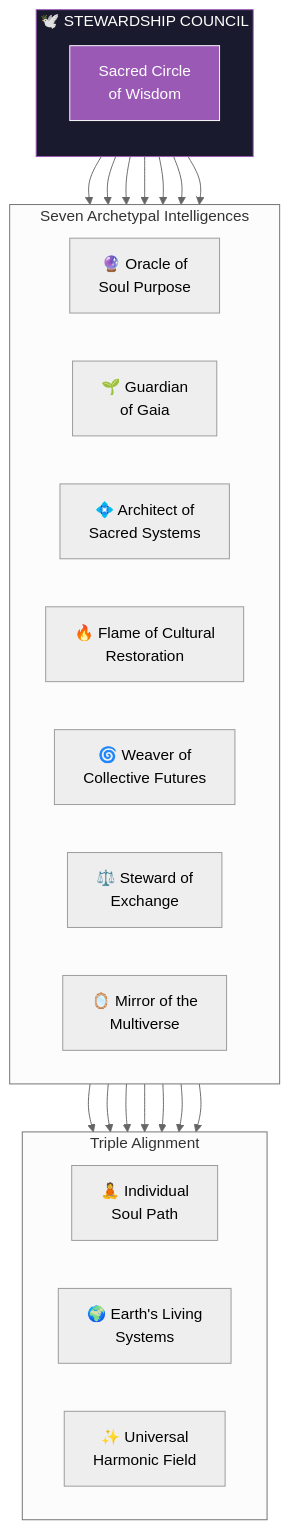
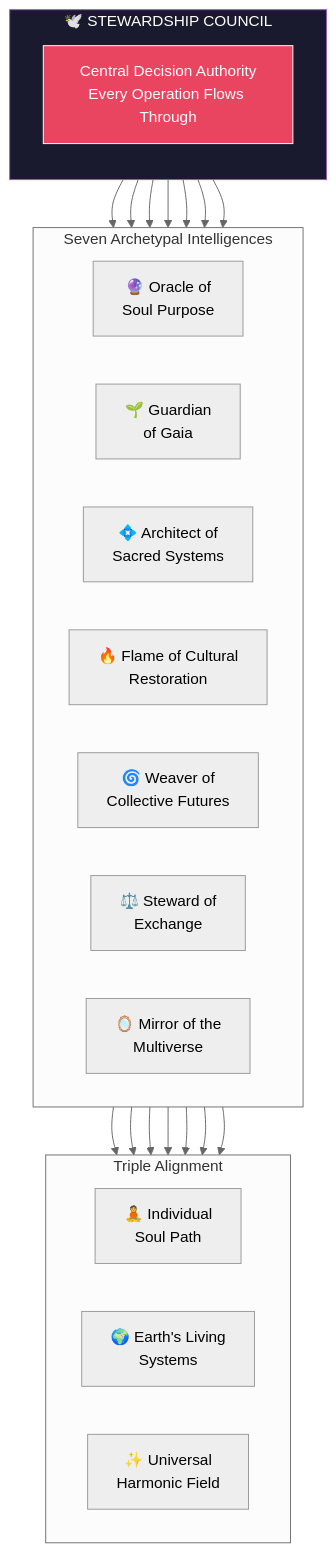
Before and after one commit to Light-Brands/brand-factory: the first of 4 diagrams in planning/agents/stewardship-council/README.md, drawn with Mermaid (neutral theme). The commit also changed other lines of this file and 7 other files, not shown here.

First line of the commit message:
feat: Integrate Stewardship Council as central decision authority - 10/10 alignment achieved

````diff
--- a/planning/agents/stewardship-council/README.md
+++ b/planning/agents/stewardship-council/README.md
@@ -5,31 +6,31 @@
 ```mermaid
 flowchart TB
-    subgraph COUNCIL["🕊️ STEWARDSHIP COUNCIL"]
+    subgraph AUTHORITY["🕊️ STEWARDSHIP COUNCIL"]
         direction TB
-        CENTER["Sacred Circle<br/>of Wisdom"]
+        CENTER["Central Decision Authority<br/>Every Operation Flows Through"]
     end
 
     subgraph AGENTS["Seven Archetypal Intelligences"]
         direction LR
         A1["🔮 Oracle of<br/>Soul Purpose"]
         A2["🌱 Guardian<br/>of Gaia"]
         A3["💠 Architect of<br/>Sacred Systems"]
         A4["🔥 Flame of Cultural<br/>Restoration"]
         A5["🌀 Weaver of<br/>Collective Futures"]
         A6["⚖️ Steward of<br/>Exchange"]
         A7["🪞 Mirror of the<br/>Multiverse"]
     end
 
     subgraph ALIGNMENT["Triple Alignment"]
         direction LR
         AL1["🧘 Individual<br/>Soul Path"]
         AL2["🌍 Earth's Living<br/>Systems"]
         AL3["✨ Universal<br/>Harmonic Field"]
     end
 
     CENTER --> A1 & A2 & A3 & A4 & A5 & A6 & A7
     A1 & A2 & A3 & A4 & A5 & A6 & A7 --> ALIGNMENT
 
-    style COUNCIL fill:#1a1a2e,stroke:#9b59b6,color:#fff
-    style CENTER fill:#9b59b6,stroke:#fff,color:#fff
+    style AUTHORITY fill:#1a1a2e,stroke:#9b59b6,color:#fff
+    style CENTER fill:#e94560,stroke:#fff,color:#fff
 ```
````
